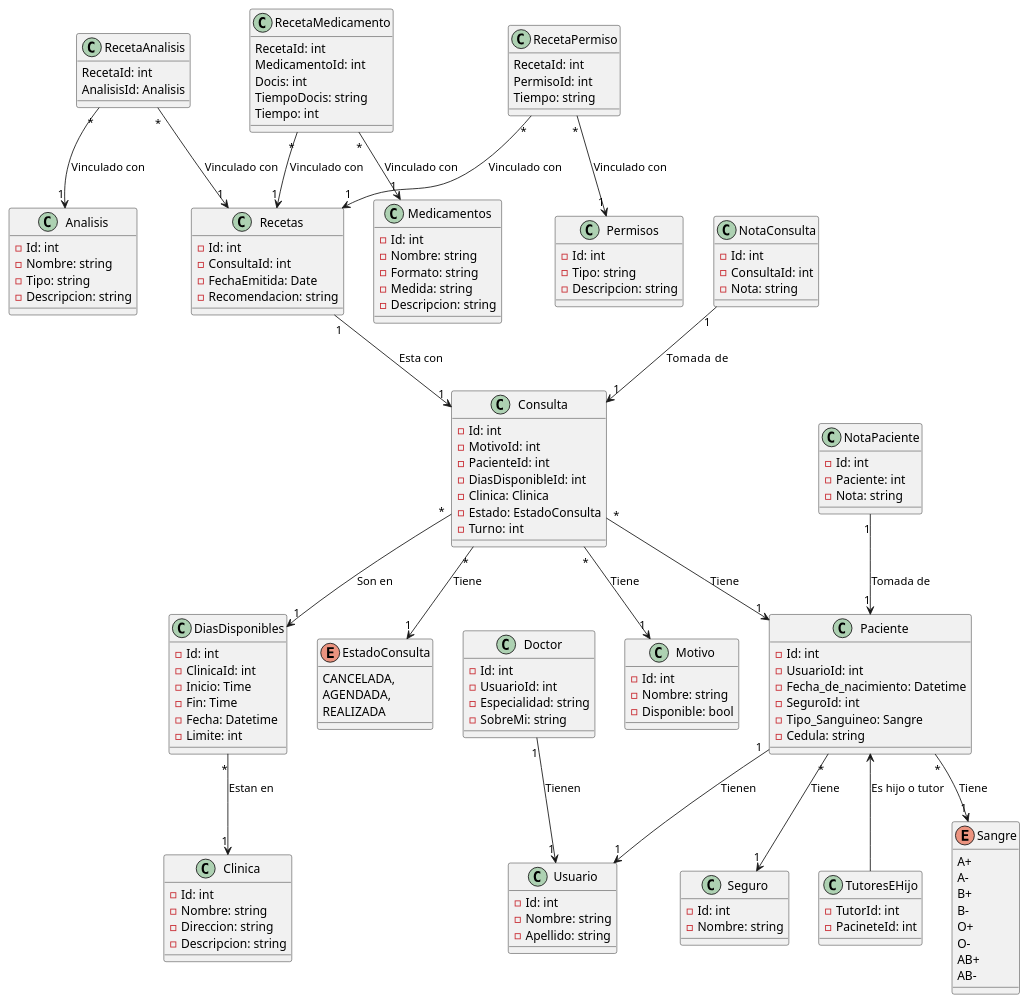
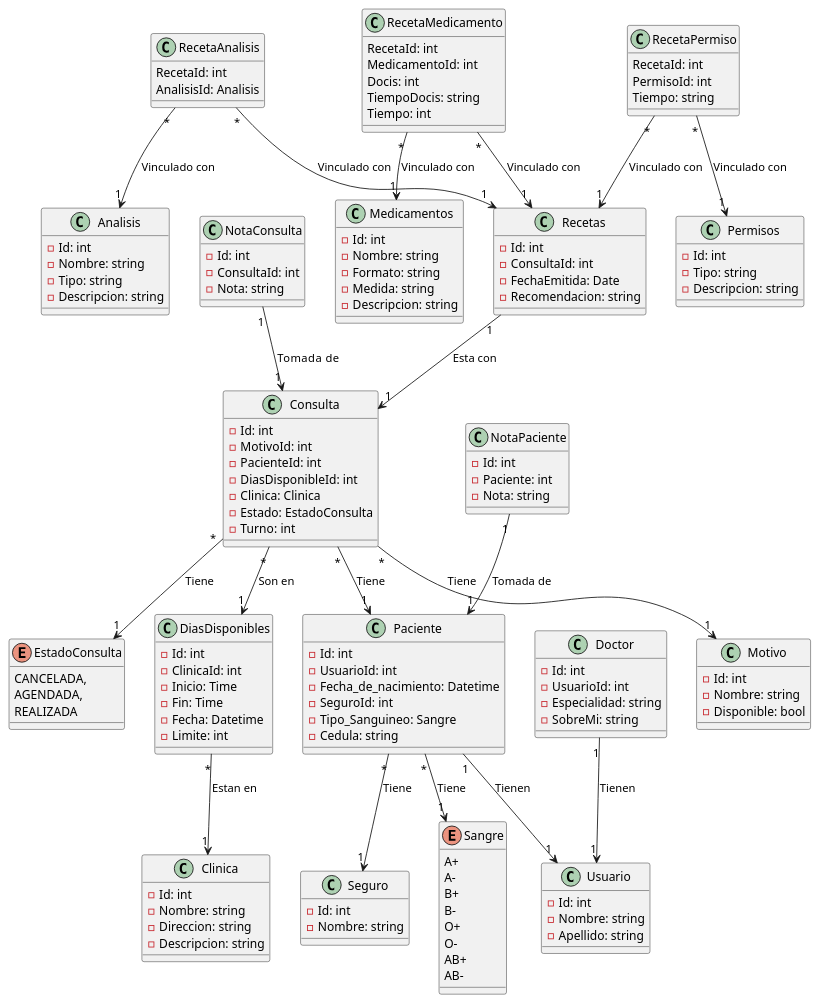
The diagram in Projects/Final Project/Documentation/Diagrams/Diagrama de clases.plantuml (crhistian-bytebrisa/ITLA-Programing-2-HomeWork), drawn with PlantUML before and after one commit. The commit also changed 26 other files, not shown here.

```diff
--- a/Projects/Final Project/Documentation/Diagrams/Diagrama de clases.plantuml
+++ b/Projects/Final Project/Documentation/Diagrams/Diagrama de clases.plantuml
@@ -1,167 +1,160 @@
 @startuml
 
 ' Clases principales
 class Usuario {
     -Id: int
     -Nombre: string
     -Apellido: string
 }
 
 
 class Paciente {
     -Id: int
     -UsuarioId: int
     -Fecha_de_nacimiento: Datetime 
     -SeguroId: int
     -Tipo_Sanguineo: Sangre
     -Cedula: string
 }
 
 class Doctor {
     -Id: int
     -UsuarioId: int
     -Especialidad: string
     -SobreMi: string
 }
 
 class Seguro {
     -Id: int
     -Nombre: string
-}
-
-class TutoresEHijo
-{
-    -TutorId: int
-    -PacineteId: int
 }
 
 class Motivo{
     -Id: int
     -Nombre: string
     -Disponible: bool
 }
 
 class Clinica {
     -Id: int 
     -Nombre: string
     -Direccion: string
     -Descripcion: string
 }
 
 class DiasDisponibles {
     -Id: int
     -ClinicaId: int 
     -Inicio: Time
     -Fin: Time 
     -Fecha: Datetime
     -Limite: int
 }
 
 class Consulta{
     -Id: int
     -MotivoId: int 
     -PacienteId: int
     -DiasDisponibleId: int
     -Clinica: Clinica
     -Estado: EstadoConsulta
     -Turno: int
 }
 
 class Recetas {
     -Id: int
     -ConsultaId: int
     -FechaEmitida: Date
     -Recomendacion: string
 }
 
 class Permisos {
     -Id: int 
     -Tipo: string
     -Descripcion: string
 }
 
 class Medicamentos {
     -Id: int
     -Nombre: string
     -Formato: string
     -Medida: string
     -Descripcion: string
 }
 
 class Analisis {
     -Id: int 
     -Nombre: string
     -Tipo: string
     -Descripcion: string
 }
 
 class RecetaAnalisis{
     RecetaId: int
     AnalisisId: Analisis
 }
 
 class RecetaMedicamento {
     RecetaId: int
     MedicamentoId: int
     Docis: int
     TiempoDocis: string
     Tiempo: int
 }
 
 class RecetaPermiso {
     RecetaId: int
     PermisoId: int
     Tiempo: string
 }
 
 class NotaConsulta {
     -Id: int
     -ConsultaId: int
     -Nota: string 
 }
 
 class NotaPaciente {
     -Id: int
     -Paciente: int
     -Nota: string
 }
 
 
 enum Sangre{
     A+
     A-
     B+
     B-
     O+
     O-
     AB+
     AB-
 }
 
 enum EstadoConsulta{
     CANCELADA,
     AGENDADA,
     REALIZADA
 }
 
 ' Relaciones
-Paciente  <-- TutoresEHijo : Es hijo o tutor
 Paciente "*" --> "1" Seguro : Tiene 
 Paciente "*" --> "1" Sangre : Tiene
 Consulta "*" --> "1" Motivo : Tiene
 Consulta "*" -->  "1" EstadoConsulta : Tiene
 Consulta "*" --> "1" Paciente : Tiene
 Consulta "*" --> "1" DiasDisponibles : Son en  
 NotaConsulta "1" --> "1" Consulta : Tomada  de
 NotaPaciente "1" --> "1" Paciente : Tomada de
 DiasDisponibles "*" --> "1" Clinica : Estan en
 Recetas "1" --> "1" Consulta : Esta con
 RecetaAnalisis "*" --> "1" Recetas : Vinculado con
 RecetaAnalisis "*" --> "1" Analisis : Vinculado con
 RecetaMedicamento "*" --> "1" Recetas : Vinculado con
 RecetaMedicamento "*" --> "1" Medicamentos : Vinculado con
 RecetaPermiso "*" --> "1" Recetas : Vinculado con
 RecetaPermiso "*" --> "1" Permisos : Vinculado con
 Paciente "1" --> "1" Usuario : Tienen
 Doctor  "1" --> "1" Usuario : Tienen
 @enduml
```
